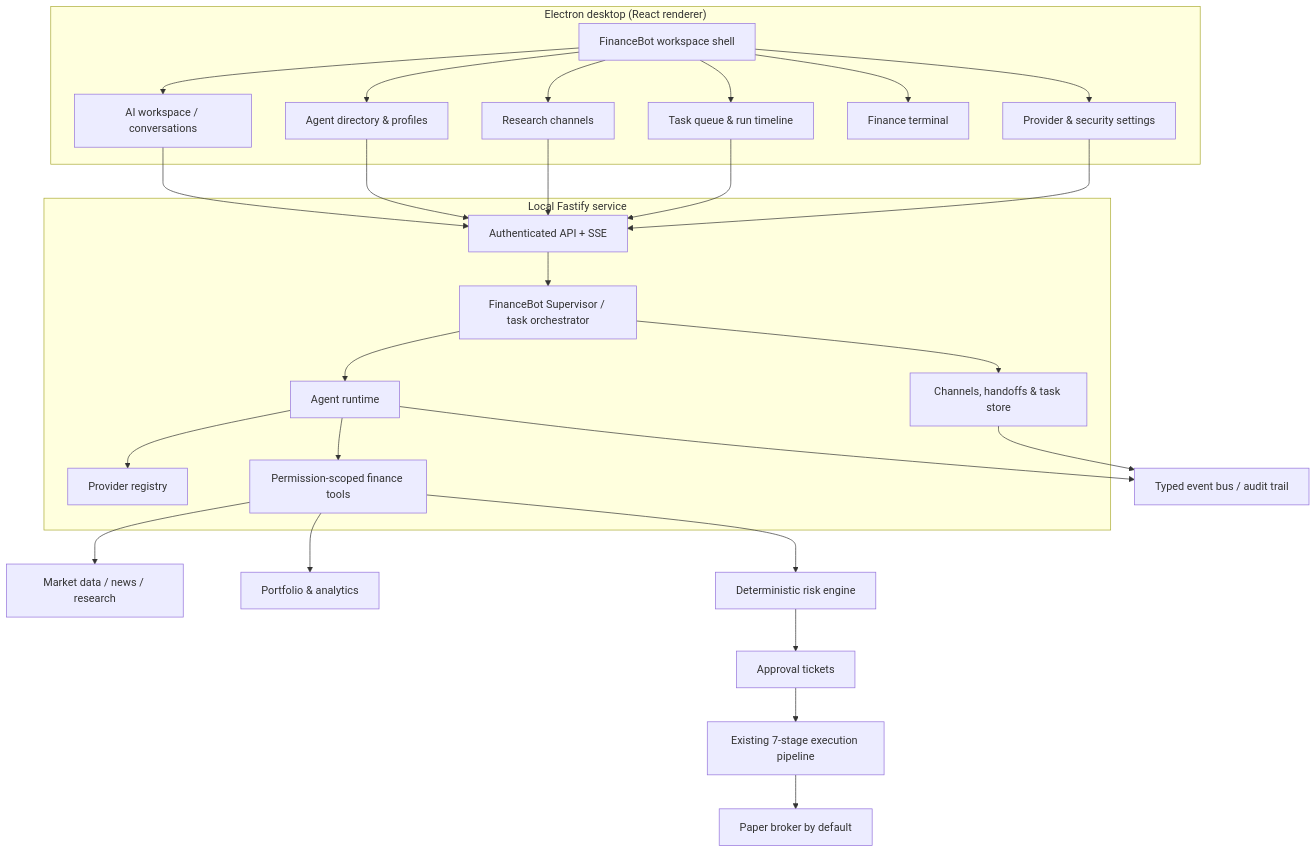
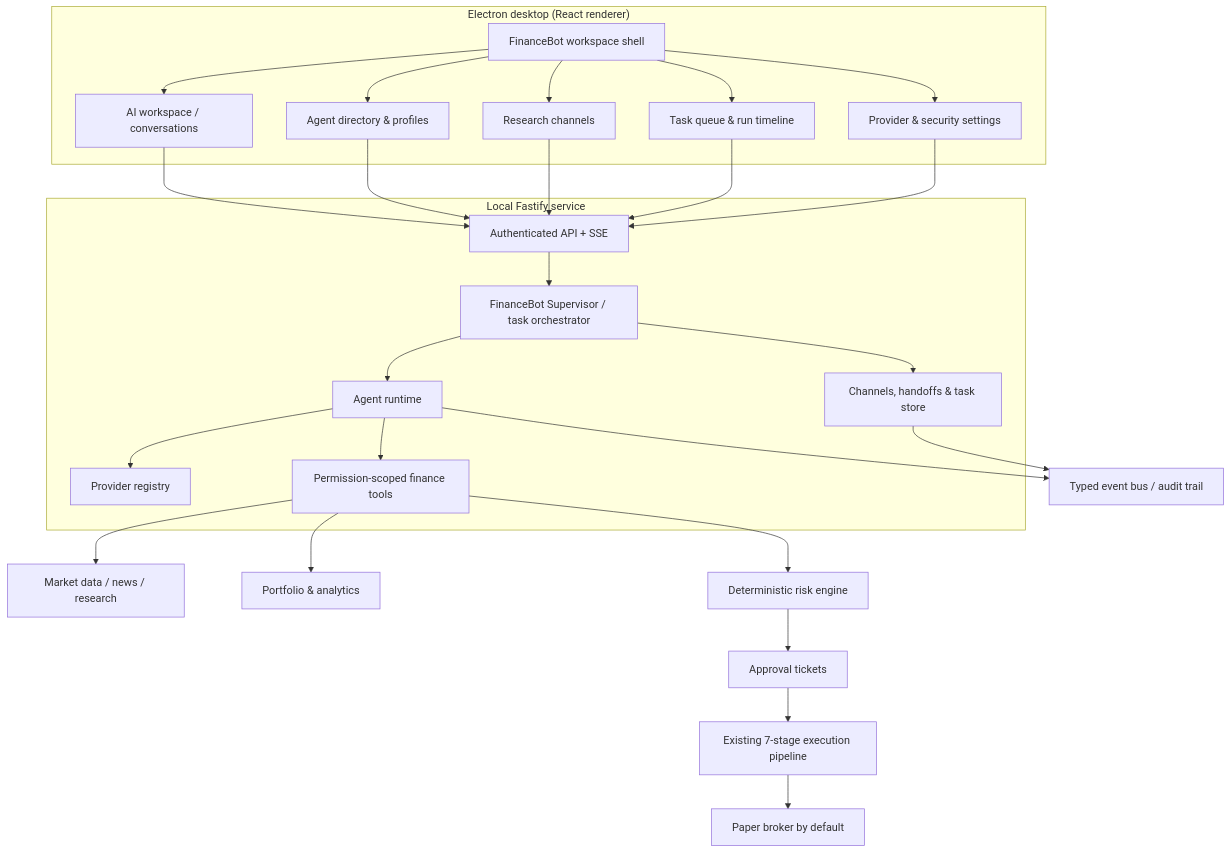
One commit to namana843-bit/finance-agent-os changed the diagram in docs/FINANCEBOT_ARCHITECTURE.md. Above: the diagram before and after it, drawn with Mermaid. The commit also changed other lines of this file, not shown here.

Commit message:
Remove Finance Terminal from architecture docs

````diff
--- a/docs/FINANCEBOT_ARCHITECTURE.md
+++ b/docs/FINANCEBOT_ARCHITECTURE.md
@@ -21,48 +21,46 @@
 ```mermaid
 flowchart TB
   subgraph Desktop["Electron desktop (React renderer)"]
     Shell["FinanceBot workspace shell"]
     Chat["AI workspace / conversations"]
     Agents["Agent directory & profiles"]
     Channels["Research channels"]
     Tasks["Task queue & run timeline"]
-    Terminal["Finance terminal"]
     Settings["Provider & security settings"]
   end
 
   Shell --> Chat
   Shell --> Agents
   Shell --> Channels
   Shell --> Tasks
-  Shell --> Terminal
   Shell --> Settings
 
   subgraph API["Local Fastify service"]
     Gateway["Authenticated API + SSE"]
     Orchestrator["FinanceBot Supervisor / task orchestrator"]
     Runtime["Agent runtime"]
     Providers["Provider registry"]
     Tools["Permission-scoped finance tools"]
     Collaboration["Channels, handoffs & task store"]
   end
 
   Chat --> Gateway
   Agents --> Gateway
   Channels --> Gateway
   Tasks --> Gateway
   Settings --> Gateway
   Gateway --> Orchestrator
   Orchestrator --> Runtime
   Runtime --> Providers
   Runtime --> Tools
   Orchestrator --> Collaboration
 
   Tools --> Market["Market data / news / research"]
   Tools --> Portfolio["Portfolio & analytics"]
   Tools --> Risk["Deterministic risk engine"]
   Risk --> Approval["Approval tickets"]
   Approval --> Pipeline["Existing 7-stage execution pipeline"]
   Pipeline --> Paper["Paper broker by default"]
   Runtime --> Events["Typed event bus / audit trail"]
   Collaboration --> Events
 ```
````
